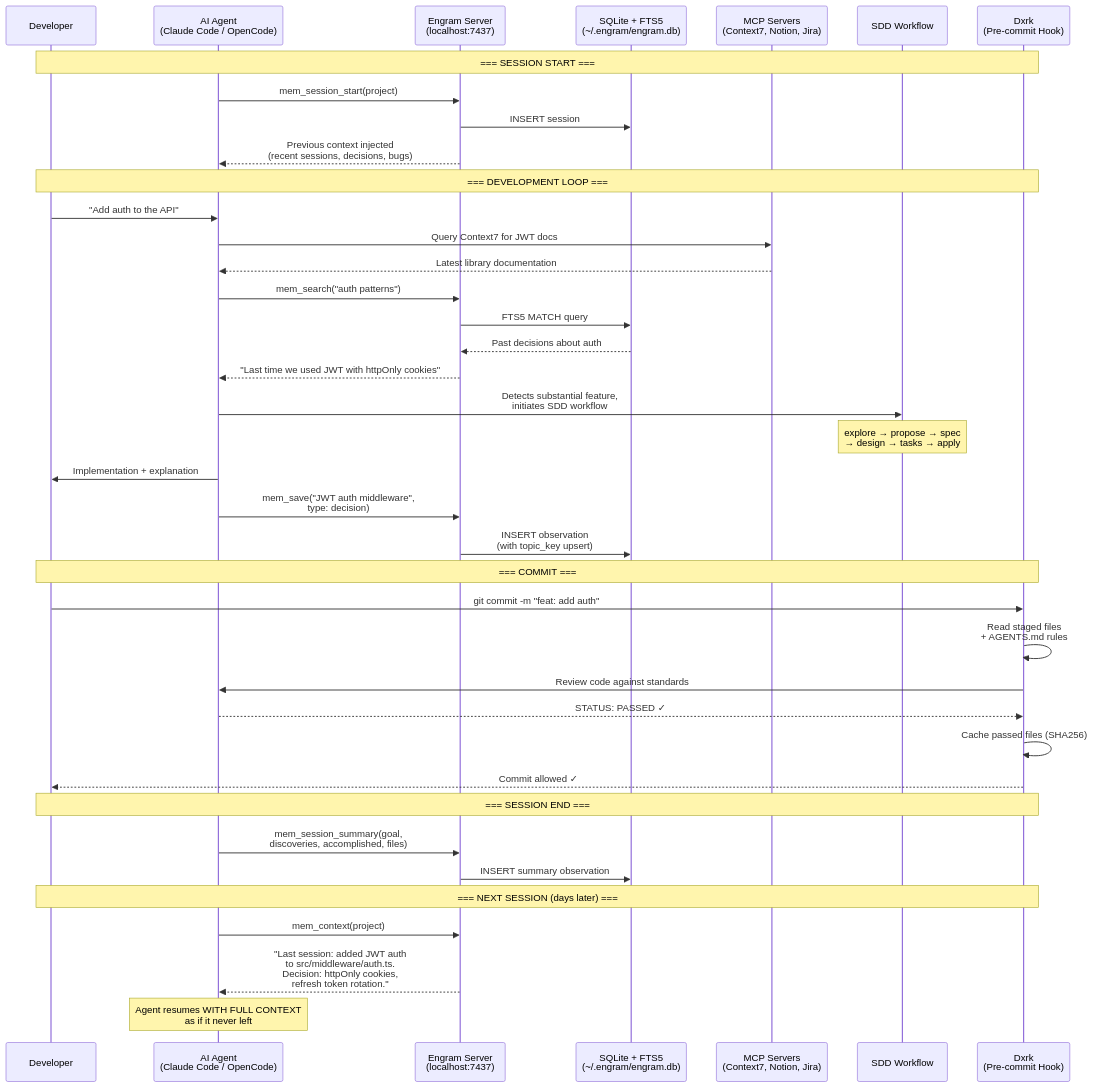
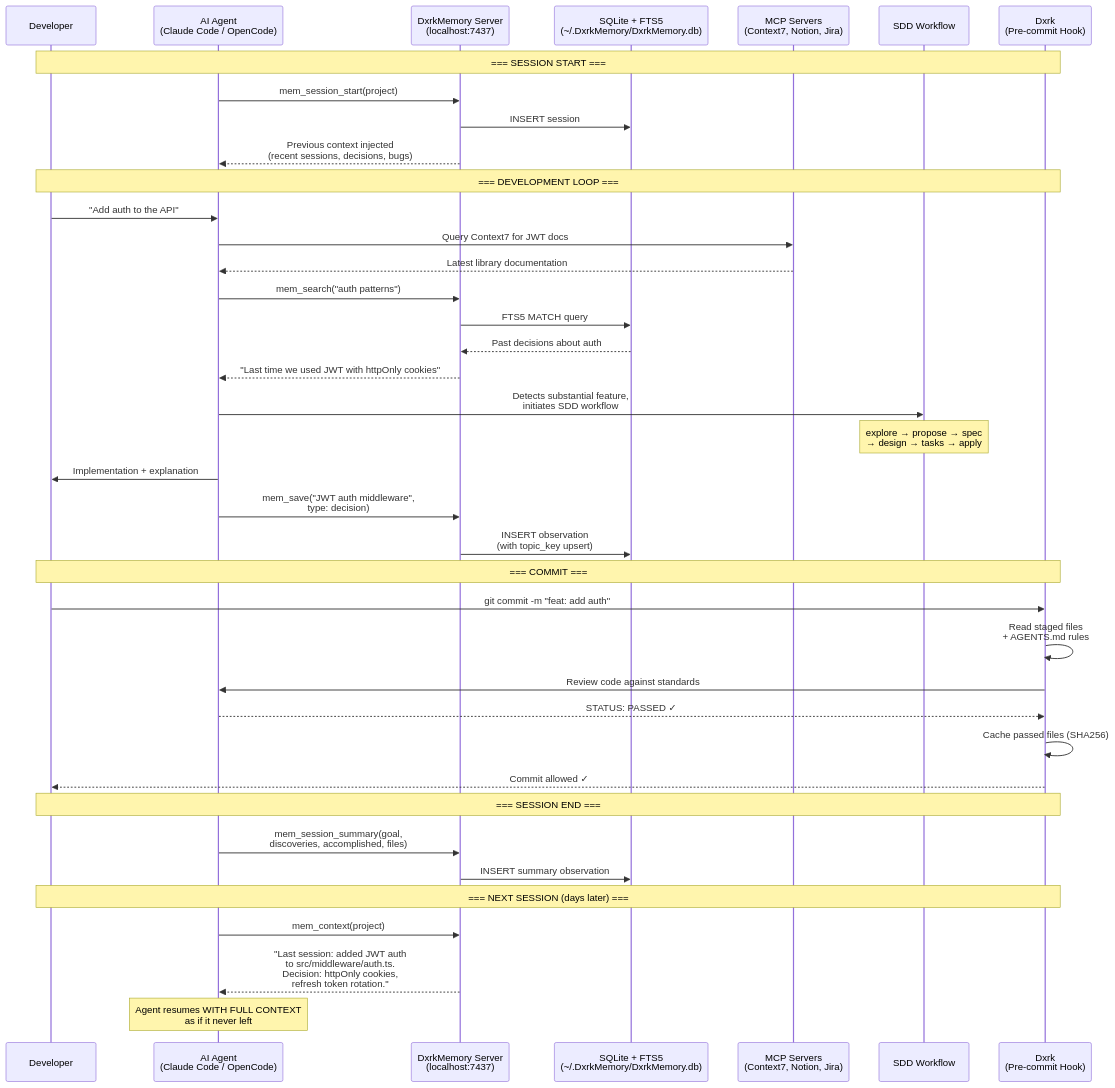
The fifth of 7 diagrams in PRD.md (Dxrk777/Dxrk-AI), drawn with Mermaid before and after one commit. The commit also changed other lines of this file and 118 other files, not shown here.

````diff
--- a/PRD.md
+++ b/PRD.md
@@ -880,54 +880,54 @@
 ```mermaid
 sequenceDiagram
     participant Dev as Developer
     participant Agent as AI Agent<br/>(Claude Code / OpenCode)
-    participant Engram as Engram Server<br/>(localhost:7437)
-    participant DB as SQLite + FTS5<br/>(~/.engram/engram.db)
+    participant DxrkMemory as DxrkMemory Server<br/>(localhost:7437)
+    participant DB as SQLite + FTS5<br/>(~/.DxrkMemory/DxrkMemory.db)
     participant MCP as MCP Servers<br/>(Context7, Notion, Jira)
     participant SDD as SDD Workflow
     participant Dxrk as Dxrk<br/>(Pre-commit Hook)
 
     Note over Dev,Dxrk: === SESSION START ===
 
-    Agent->>Engram: mem_session_start(project)
-    Engram->>DB: INSERT session
-    Engram-->>Agent: Previous context injected<br/>(recent sessions, decisions, bugs)
+    Agent->>DxrkMemory: mem_session_start(project)
+    DxrkMemory->>DB: INSERT session
+    DxrkMemory-->>Agent: Previous context injected<br/>(recent sessions, decisions, bugs)
 
     Note over Dev,Dxrk: === DEVELOPMENT LOOP ===
 
     Dev->>Agent: "Add auth to the API"
     Agent->>MCP: Query Context7 for JWT docs
     MCP-->>Agent: Latest library documentation
-    Agent->>Engram: mem_search("auth patterns")
-    Engram->>DB: FTS5 MATCH query
-    DB-->>Engram: Past decisions about auth
-    Engram-->>Agent: "Last time we used JWT with httpOnly cookies"
+    Agent->>DxrkMemory: mem_search("auth patterns")
+    DxrkMemory->>DB: FTS5 MATCH query
+    DB-->>DxrkMemory: Past decisions about auth
+    DxrkMemory-->>Agent: "Last time we used JWT with httpOnly cookies"
 
     Agent->>SDD: Detects substantial feature,<br/>initiates SDD workflow
     Note over SDD: explore → propose → spec<br/>→ design → tasks → apply
 
     Agent->>Dev: Implementation + explanation
 
-    Agent->>Engram: mem_save("JWT auth middleware",<br/>type: decision)
-    Engram->>DB: INSERT observation<br/>(with topic_key upsert)
+    Agent->>DxrkMemory: mem_save("JWT auth middleware",<br/>type: decision)
+    DxrkMemory->>DB: INSERT observation<br/>(with topic_key upsert)
 
     Note over Dev,Dxrk: === COMMIT ===
 
     Dev->>Dxrk: git commit -m "feat: add auth"
     Dxrk->>Dxrk: Read staged files<br/>+ AGENTS.md rules
     Dxrk->>Agent: Review code against standards
     Agent-->>Dxrk: STATUS: PASSED ✓
     Dxrk->>Dxrk: Cache passed files (SHA256)
     Dxrk-->>Dev: Commit allowed ✓
 
     Note over Dev,Dxrk: === SESSION END ===
 
-    Agent->>Engram: mem_session_summary(goal,<br/>discoveries, accomplished, files)
-    Engram->>DB: INSERT summary observation
+    Agent->>DxrkMemory: mem_session_summary(goal,<br/>discoveries, accomplished, files)
+    DxrkMemory->>DB: INSERT summary observation
 
     Note over Dev,Dxrk: === NEXT SESSION (days later) ===
 
-    Agent->>Engram: mem_context(project)
-    Engram-->>Agent: "Last session: added JWT auth<br/>to src/middleware/auth.ts.<br/>Decision: httpOnly cookies,<br/>refresh token rotation."
+    Agent->>DxrkMemory: mem_context(project)
+    DxrkMemory-->>Agent: "Last session: added JWT auth<br/>to src/middleware/auth.ts.<br/>Decision: httpOnly cookies,<br/>refresh token rotation."
     Note over Agent: Agent resumes WITH FULL CONTEXT<br/>as if it never left
 ```
````
